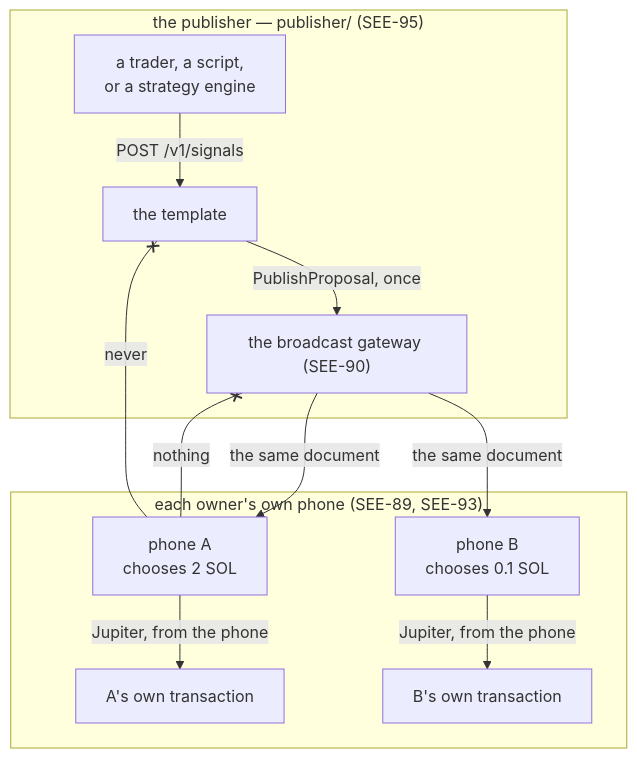
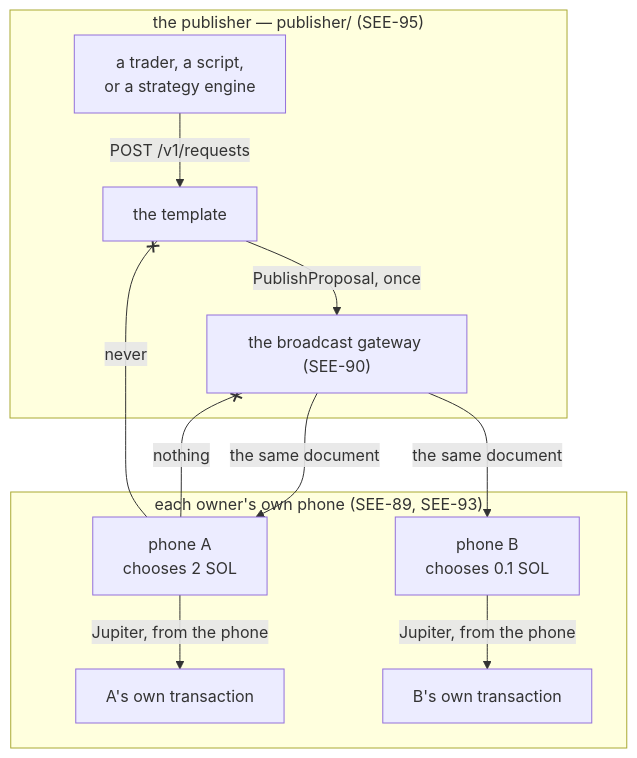
One commit to SeekerAgentConnect/sac changed the diagram in docs/wiki/copytrading-template.md. Above: the diagram before and after it, drawn with Mermaid. The commit also changed other lines of this file and 143 other files, not shown here.

Commit message:
feat(requests): unify private and feed request flows

````diff
--- a/docs/wiki/copytrading-template.md
+++ b/docs/wiki/copytrading-template.md
@@ -42,16 +42,16 @@
 ```mermaid
 flowchart TB
     subgraph publisher["the publisher — publisher/ (SEE-95)"]
-        Strategy["a trader, a script,<br>or a strategy engine"] -- "POST /v1/signals" --> Template["the template"]
+        Strategy["a trader, a script,<br>or a strategy engine"] -- "POST /v1/requests" --> Template["the template"]
         Template -- "PublishProposal, once" --> Gateway
     end
     Gateway["the broadcast gateway (SEE-90)"]
     subgraph phones["each owner's own phone (SEE-89, SEE-93)"]
         Gateway -- "the same document" --> A["phone A<br>chooses 2 SOL"]
         Gateway -- "the same document" --> B["phone B<br>chooses 0.1 SOL"]
         A -- "Jupiter, from the phone" --> ChainA["A's own transaction"]
         B -- "Jupiter, from the phone" --> ChainB["B's own transaction"]
     end
     A -- "nothing" --x Gateway
     A -- "never" --x Template
 ```
````
